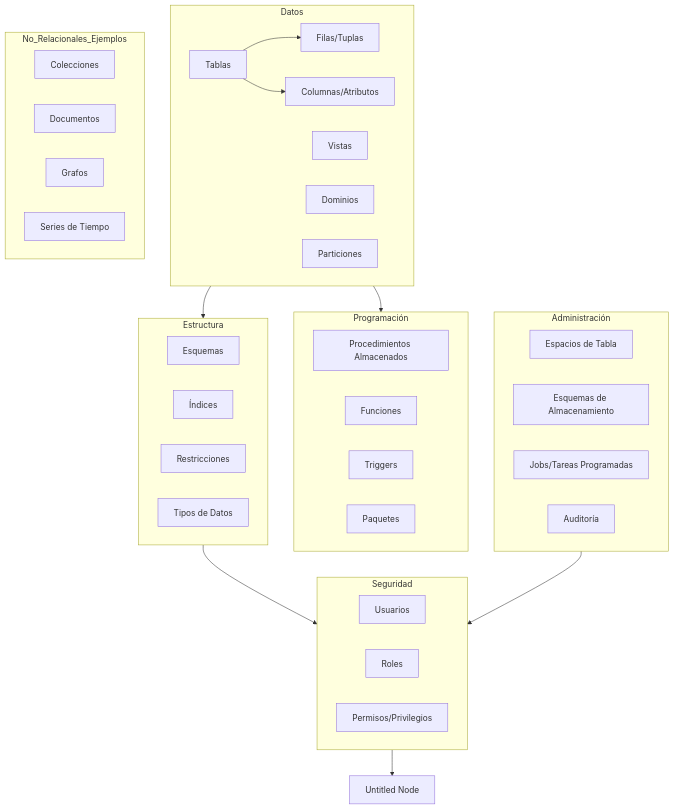
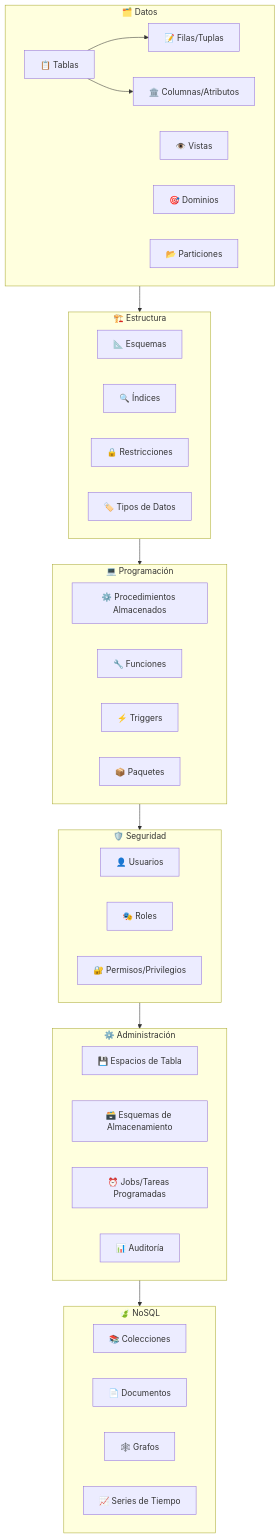
Before and after one commit to albertomozo/basedatos: the second of 2 diagrams in README.md, drawn with Mermaid. The commit also changed other lines of this file and 3 other files, not shown here.

````diff
--- a/README.md
+++ b/README.md
@@ -44,45 +125,53 @@
 ```mermaid
 flowchart TD
- subgraph Datos["Datos"]
-        A["Tablas"]
-        B["Vistas"]
-        C["Filas/Tuplas"]
-        D["Columnas/Atributos"]
-        E["Dominios"]
-        F["Particiones"]
-  end
- subgraph Estructura["Estructura"]
-        G["Esquemas"]
-        H["Índices"]
-        I["Restricciones"]
-        J["Tipos de Datos"]
-  end
- subgraph Programación["Programación"]
-        K["Procedimientos Almacenados"]
-        L["Funciones"]
-        M["Triggers"]
-        N["Paquetes"]
-  end
- subgraph Seguridad["Seguridad"]
-        O["Usuarios"]
-        P["Roles"]
-        Q["Permisos/Privilegios"]
-  end
- subgraph Administración["Administración"]
-        R["Espacios de Tabla"]
-        S["Esquemas de Almacenamiento"]
-        T["Jobs/Tareas Programadas"]
-        U["Auditoría"]
-  end
- subgraph No_Relacionales_Ejemplos["No_Relacionales_Ejemplos"]
-        V["Colecciones"]
-        W["Documentos"]
-        X["Grafos"]
-        Y["Series de Tiempo"]
-  end
-    A --> C & D
-    Datos --> Estructura & Programación
-    Estructura --> Seguridad
-    Administración --> Seguridad
-    Seguridad --> n1["Untitled Node"]
+    subgraph Datos["🗂️ Datos"]
+        A["📋 Tablas"]
+        B["👁️ Vistas"]
+        C["📝 Filas/Tuplas"]
+        D["🏛️ Columnas/Atributos"]
+        E["🎯 Dominios"]
+        F["📂 Particiones"]
+    end
+    
+    subgraph Estructura["🏗️ Estructura"]
+        G["📐 Esquemas"]
+        H["🔍 Índices"]
+        I["🔒 Restricciones"]
+        J["🏷️ Tipos de Datos"]
+    end
+    
+    subgraph Programacion["💻 Programación"]
+        K["⚙️ Procedimientos Almacenados"]
+        L["🔧 Funciones"]
+        M["⚡ Triggers"]
+        N["📦 Paquetes"]
+    end
+    
+    subgraph Seguridad["🛡️ Seguridad"]
+        O["👤 Usuarios"]
+        P["🎭 Roles"]
+        Q["🔐 Permisos/Privilegios"]
+    end
+    
+    subgraph Administracion["⚙️ Administración"]
+        R["💾 Espacios de Tabla"]
+        S["🗃️ Esquemas de Almacenamiento"]
+        T["⏰ Jobs/Tareas Programadas"]
+        U["📊 Auditoría"]
+    end
+    
+    subgraph NoSQL["🍃 NoSQL"]
+        V["📚 Colecciones"]
+        W["📄 Documentos"]
+        X["🕸️ Grafos"]
+        Y["📈 Series de Tiempo"]
+    end
+    
+    A --> C
+    A --> D
+    Datos --> Estructura
+    Estructura --> Programacion
+    Programacion --> Seguridad
+    Seguridad --> Administracion
+    Administracion --> NoSQL
 ```
````
